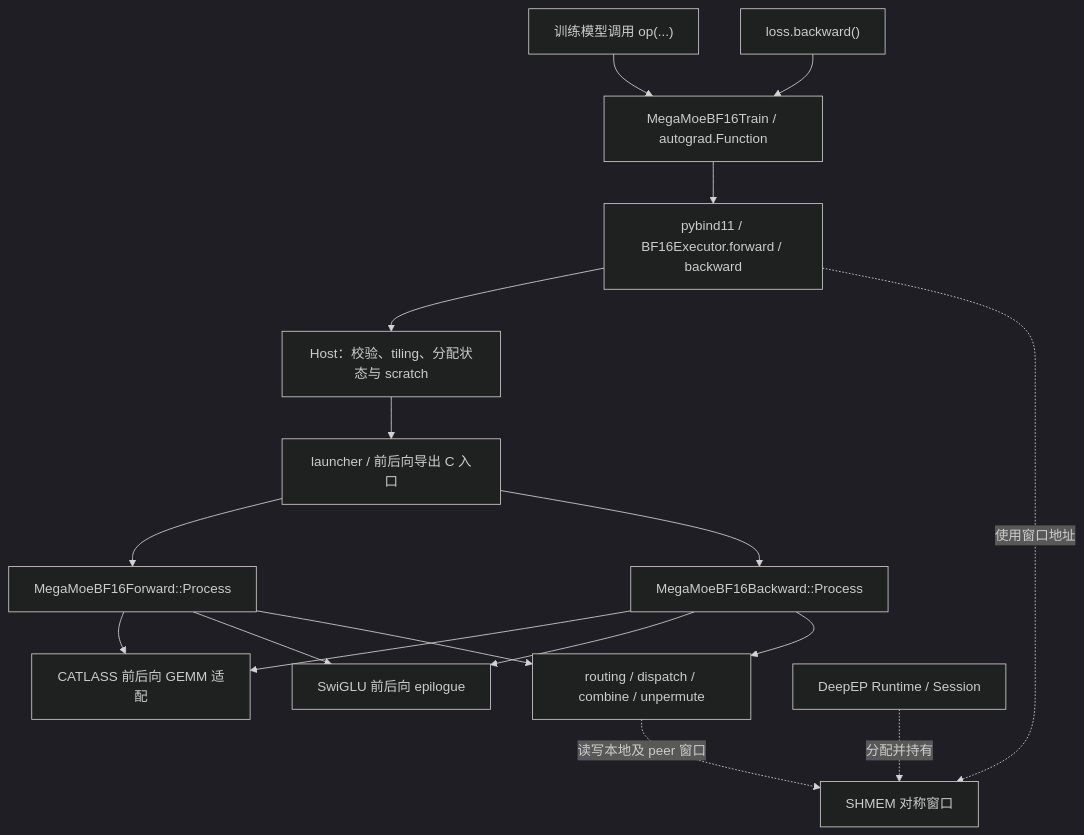
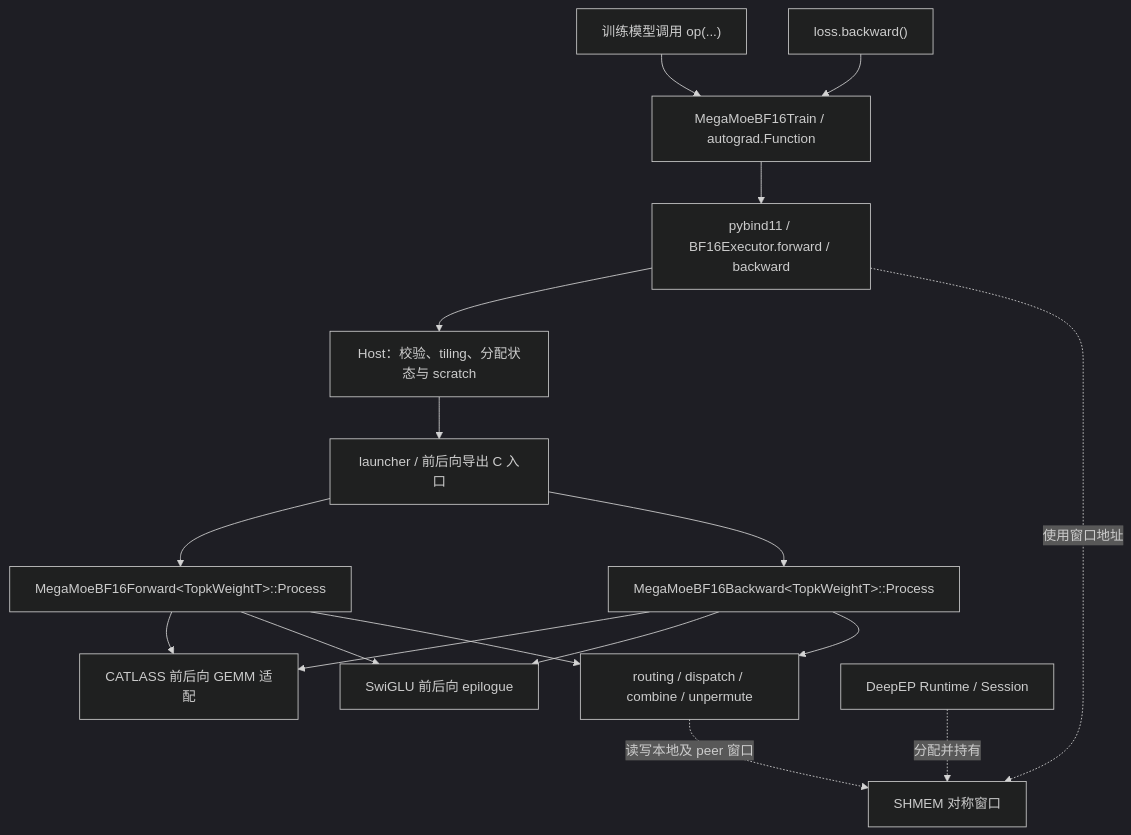
The first of 3 diagrams in experiments/megamoe_train/docs/mega_moe_bf16_design.md (xixing-321/DeepEP), drawn with Mermaid (dark theme) before and after one commit. The commit also changed other lines of this file and 66 other files, not shown here.

````diff
--- a/experiments/megamoe_train/docs/mega_moe_bf16_design.md
+++ b/experiments/megamoe_train/docs/mega_moe_bf16_design.md
@@ -103,19 +107,19 @@
 ```mermaid
 flowchart TD
     Model["训练模型调用 op(...)"] --> Python["MegaMoeBF16Train / autograd.Function"]
     Loss["loss.backward()"] --> Python
     Python --> Exec["pybind11 / BF16Executor.forward / backward"]
     Exec --> Host["Host：校验、tiling、分配状态与 scratch"]
     Host --> Launch["launcher / 前后向导出 C 入口"]
-    Launch --> Forward["MegaMoeBF16Forward::Process"]
-    Launch --> Backward["MegaMoeBF16Backward::Process"]
+    Launch --> Forward["MegaMoeBF16Forward&lt;TopkWeightT&gt;::Process"]
+    Launch --> Backward["MegaMoeBF16Backward&lt;TopkWeightT&gt;::Process"]
     Forward --> Gemm["CATLASS 前后向 GEMM 适配"]
     Backward --> Gemm
     Forward --> Epi["SwiGLU 前后向 epilogue"]
     Backward --> Epi
     Forward --> Route["routing / dispatch / combine / unpermute"]
     Backward --> Route
     Runtime["DeepEP Runtime / Session"] -. 分配并持有 .-> Window["SHMEM 对称窗口"]
     Exec -. 使用窗口地址 .-> Window
     Route -. 读写本地及 peer 窗口 .-> Window
 ```
````
